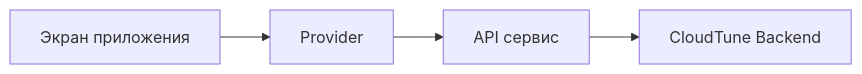
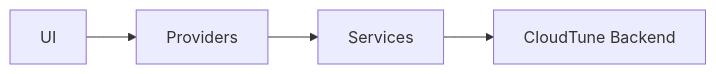
Before and after one commit to epitaph76/cloudtune: the diagram in frontend/README.md, drawn with Mermaid. The commit also changed other lines of this file and 10 other files, not shown here.

````diff
--- a/frontend/README.md
+++ b/frontend/README.md
@@ -49,6 +52,6 @@
 ```mermaid
 flowchart LR
-    A[Экран приложения] --> B[Provider]
-    B --> C[API сервис]
+    A[UI] --> B[Providers]
+    B --> C[Services]
     C --> D[CloudTune Backend]
 ```
````
